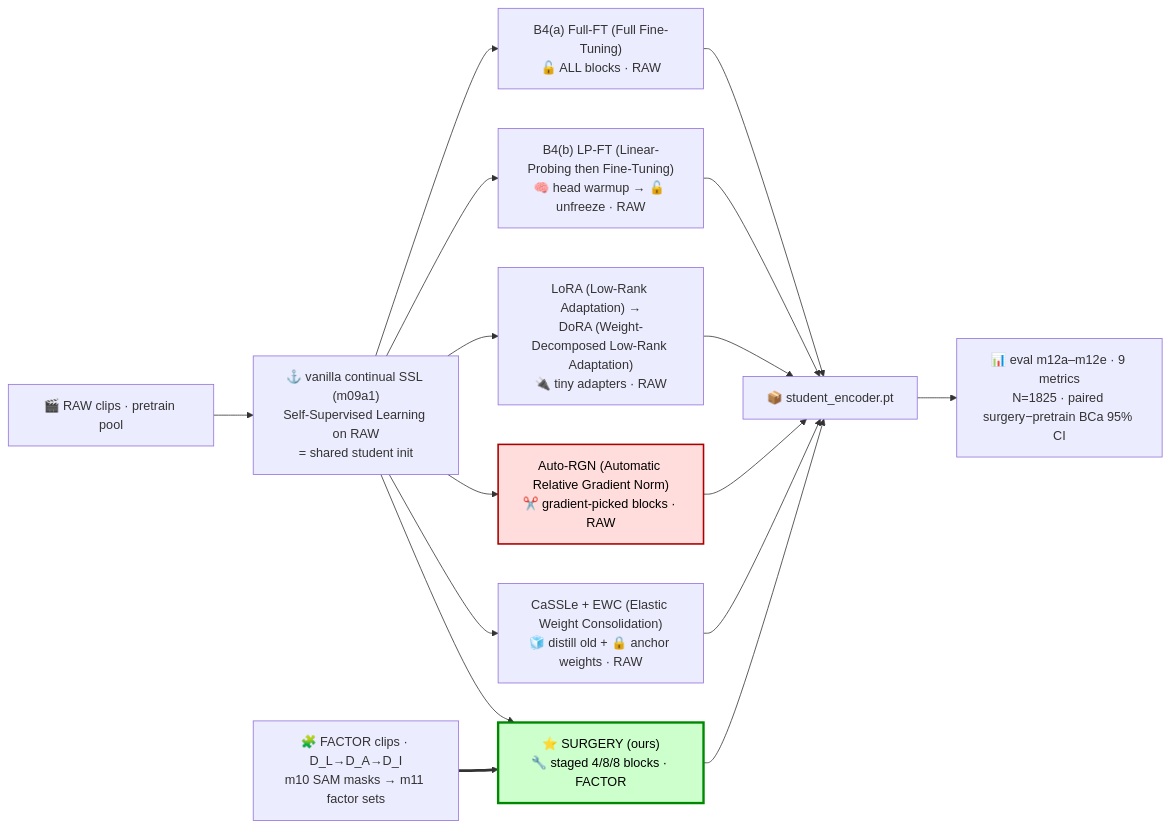
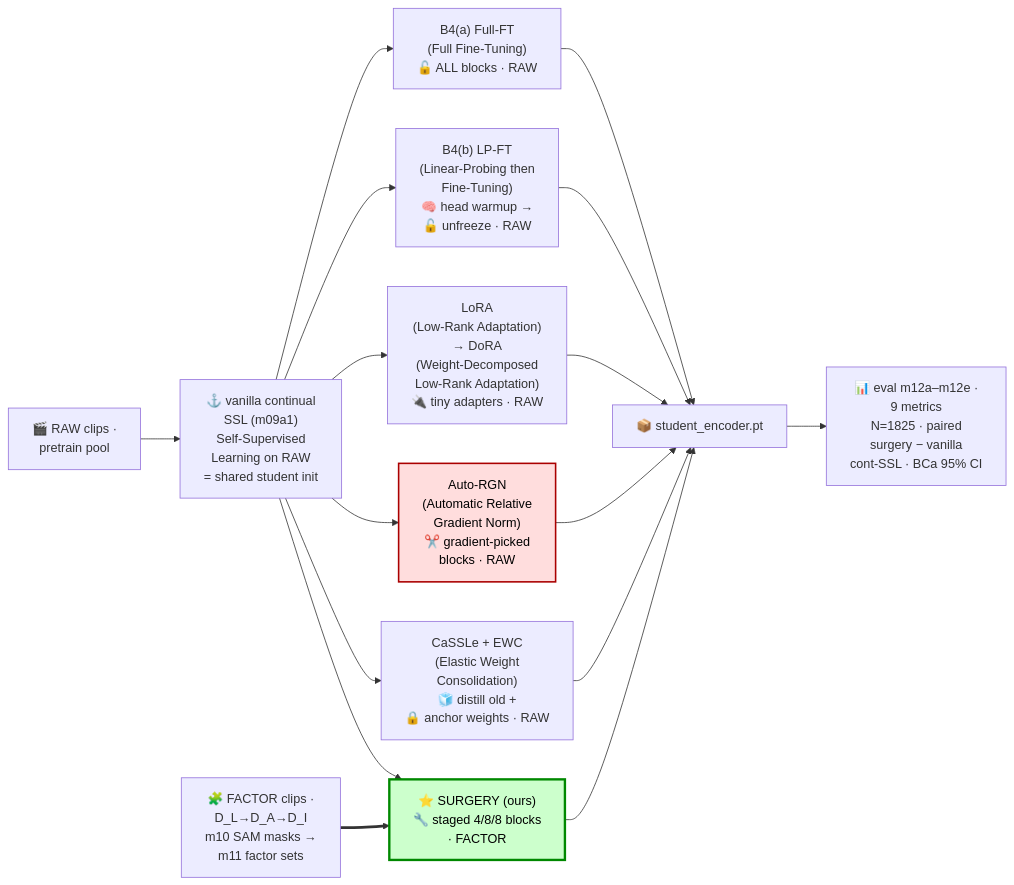
One commit to kapilw25/LLM_asAgent_3D_SR changed the first of 3 diagrams in iter/iter18_ablations_FTtechniues/plan_baselines_roadmap.md. Above: the diagram before and after it, drawn with Mermaid. The commit also changed other lines of this file and 5 other files, not shown here.

````diff
--- a/iter/iter18_ablations_FTtechniues/plan_baselines_roadmap.md
+++ b/iter/iter18_ablations_FTtechniues/plan_baselines_roadmap.md
@@ -163,27 +164,27 @@
 ```mermaid
 flowchart LR
-    RAW["🎬 RAW clips · pretrain pool"]
-    FAC["🧩 FACTOR clips · D_L→D_A→D_I<br>m10 SAM masks → m11 factor sets"]
-    INIT["⚓ vanilla continual SSL (m09a1)<br>Self-Supervised Learning on RAW<br>= shared student init"]
+    RAW["🎬 RAW clips ·<br>pretrain pool"]
+    FAC["🧩 FACTOR clips ·<br>D_L→D_A→D_I<br>m10 SAM masks →<br>m11 factor sets"]
+    INIT["⚓ vanilla continual<br>SSL (m09a1)<br>Self-Supervised<br>Learning on RAW<br>= shared student init"]
     RAW --> INIT
 
-    INIT --> B4F["B4(a) Full-FT (Full Fine-Tuning)<br>🔓 ALL blocks · RAW"]
-    INIT --> B4L["B4(b) LP-FT (Linear-Probing then Fine-Tuning)<br>🧠 head warmup → 🔓 unfreeze · RAW"]
-    INIT --> B1["LoRA (Low-Rank Adaptation) →<br>DoRA (Weight-Decomposed Low-Rank Adaptation)<br>🔌 tiny adapters · RAW"]
-    INIT --> B2["Auto-RGN (Automatic Relative Gradient Norm)<br>✂️ gradient-picked blocks · RAW"]
-    INIT --> B3["CaSSLe + EWC (Elastic Weight Consolidation)<br>🧊 distill old + 🔒 anchor weights · RAW"]
-    INIT --> SURG["⭐ SURGERY (ours)<br>🔧 staged 4/8/8 blocks · FACTOR"]
+    INIT --> B4F["B4(a) Full-FT<br>(Full Fine-Tuning)<br>🔓 ALL blocks · RAW"]
+    INIT --> B4L["B4(b) LP-FT<br>(Linear-Probing then<br>Fine-Tuning)<br>🧠 head warmup →<br>🔓 unfreeze · RAW"]
+    INIT --> B1["LoRA<br>(Low-Rank Adaptation)<br>→ DoRA<br>(Weight-Decomposed<br>Low-Rank Adaptation)<br>🔌 tiny adapters · RAW"]
+    INIT --> B2["Auto-RGN<br>(Automatic Relative<br>Gradient Norm)<br>✂️ gradient-picked<br>blocks · RAW"]
+    INIT --> B3["CaSSLe + EWC<br>(Elastic Weight<br>Consolidation)<br>🧊 distill old +<br>🔒 anchor weights · RAW"]
+    INIT --> SURG["⭐ SURGERY (ours)<br>🔧 staged 4/8/8 blocks<br>· FACTOR"]
 
     FAC ==> SURG
 
     B4F --> EXP["📦 student_encoder.pt"]
     B4L --> EXP
     B1 --> EXP
     B2 --> EXP
     B3 --> EXP
     SURG --> EXP
-    EXP --> EVAL["📊 eval m12a–m12e · 9 metrics<br>N=1825 · paired surgery−pretrain BCa 95% CI"]
+    EXP --> EVAL["📊 eval m12a–m12e ·<br>9 metrics<br>N=1825 · paired<br>surgery − vanilla<br>cont-SSL · BCa 95% CI"]
 
     style SURG fill:#cfc,stroke:#080,stroke-width:3px,color:#000
     style B2 fill:#fdd,stroke:#a00,stroke-width:2px,color:#000
 ```
````
